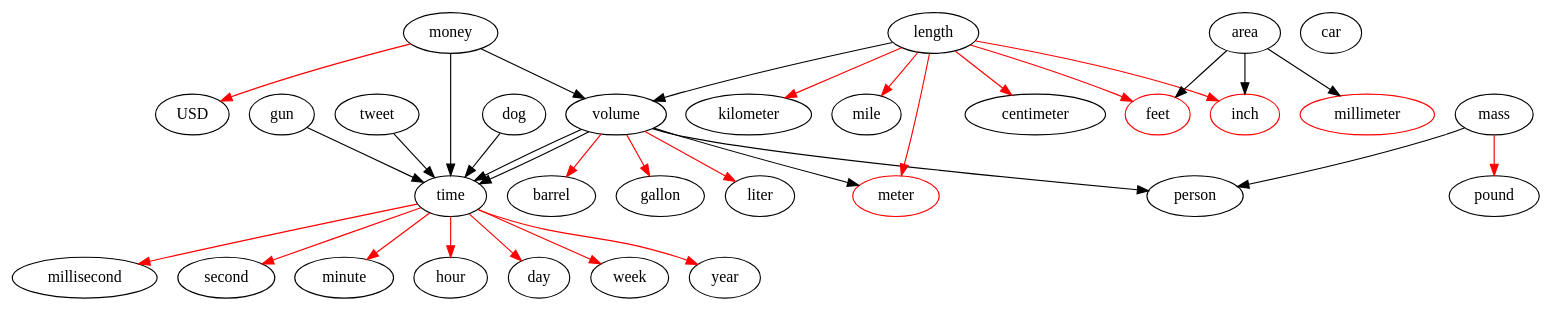
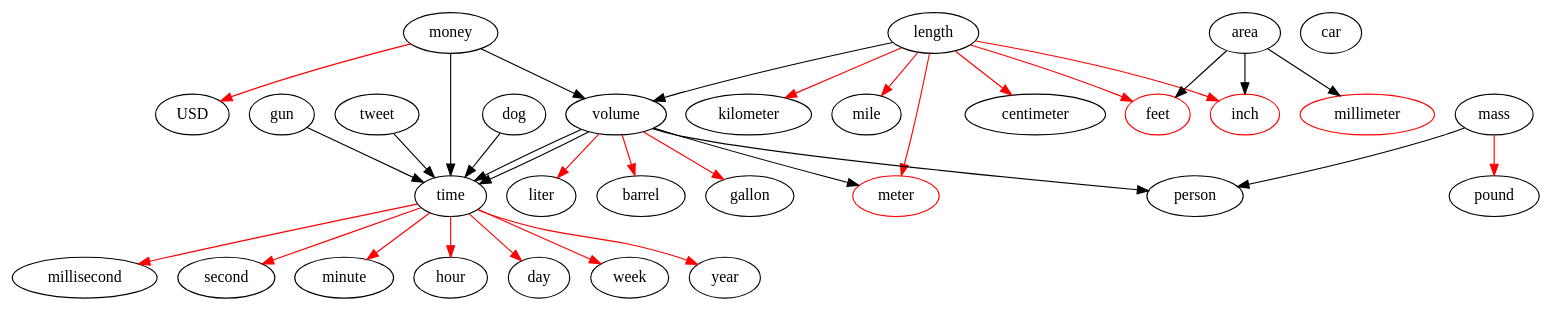
One commit to arunchaganty/contextual-comparatives changed the diagram in doc/units.dot. Above: the diagram before and after it, drawn with Graphviz. The commit also changed other lines of this file and 13 other files, not shown here.

```diff
--- a/doc/units.dot
+++ b/doc/units.dot
@@ -1,48 +1,48 @@
 digraph units {
  money -> USD [color=red];
 
  time -> millisecond [color=red];
  time -> second [color=red];
  time -> minute [color=red];
  time -> hour [color=red];
  time -> day [color=red];
  time -> week [color=red];
  time -> year [color=red];
 
  mass -> pound [color=red];
 
- volume -> barrel [color=red];
- volume -> gallon [color=red];
- volume -> liter [color=red];
- volume -> meter meter meter [color=red];
-
  length -> centimeter [color=red];
  length -> feet [color=red];
  length -> inch [color=red];
  length -> kilometer [color=red];
  length -> meter [color=red];
  length -> mile [color=red];
 
  area -> millimeter millimeter [color=red];
  area -> inch inch [color=red];
  area -> feet feet [color=red];
+
+ volume -> barrel [color=red];
+ volume -> gallon [color=red];
+ volume -> liter [color=red];
+ volume -> meter meter meter [color=red];
 
  car
  dog
  gun
  person
  tweet
 
  money -> volume;
  money -> time;
  volume -> time;
  dog -> time;
  volume -> time;
  volume -> person;
  gun -> time;
 
  length -> volume
 
  tweet -> time
  mass -> person;
 }
```
